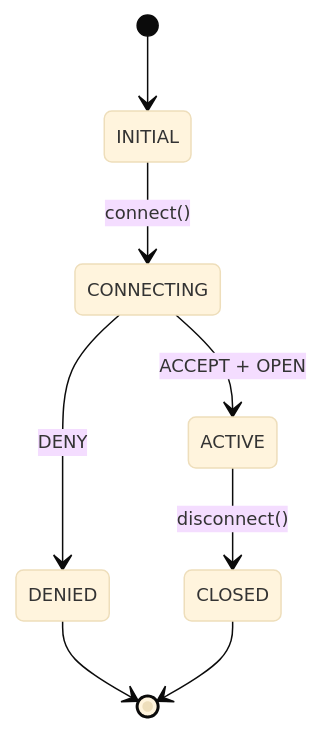
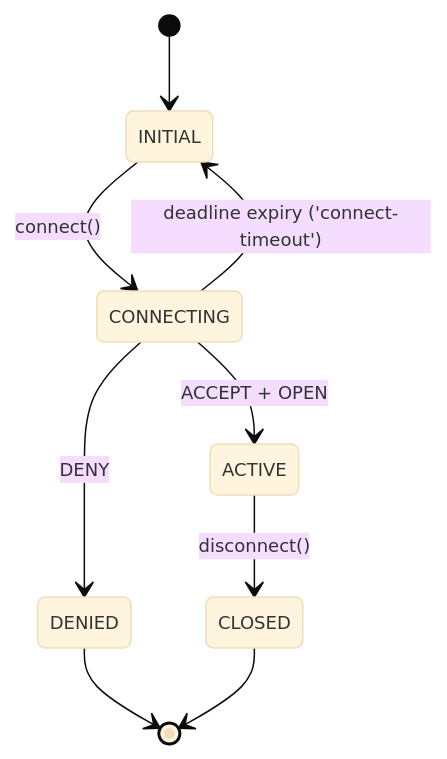
One commit to AndrewRedican/hyperfrontend changed the sixth of 8 diagrams in libs/nexus/ARCHITECTURE.md. Above: the diagram before and after it, drawn with Mermaid. The commit also changed other lines of this file and 50 other files, not shown here.

First line of the commit message:
feat(lib-nexus)!: replace channel self-activation with the wire handshake, pinned origins, and connect deadline

````diff
--- a/libs/nexus/ARCHITECTURE.md
+++ b/libs/nexus/ARCHITECTURE.md
@@ -306,16 +311,17 @@
 ```mermaid
 ---
 config:
   theme: base
   themeVariables:
     fontSize: 12px
 ---
 stateDiagram-v2
     [*] --> INITIAL
     INITIAL --> CONNECTING: connect()
     CONNECTING --> DENIED: DENY
+    CONNECTING --> INITIAL: deadline expiry ('connect-timeout')
     CONNECTING --> ACTIVE: ACCEPT + OPEN
     ACTIVE --> CLOSED: disconnect()
     DENIED --> [*]
     CLOSED --> [*]
 ```
````
